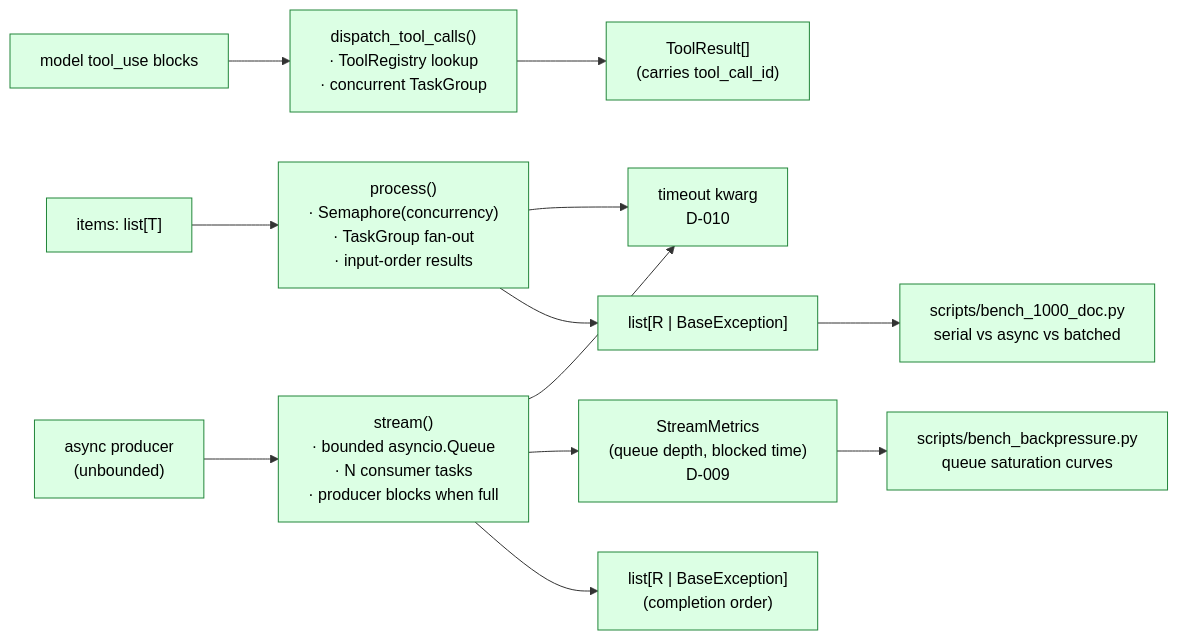
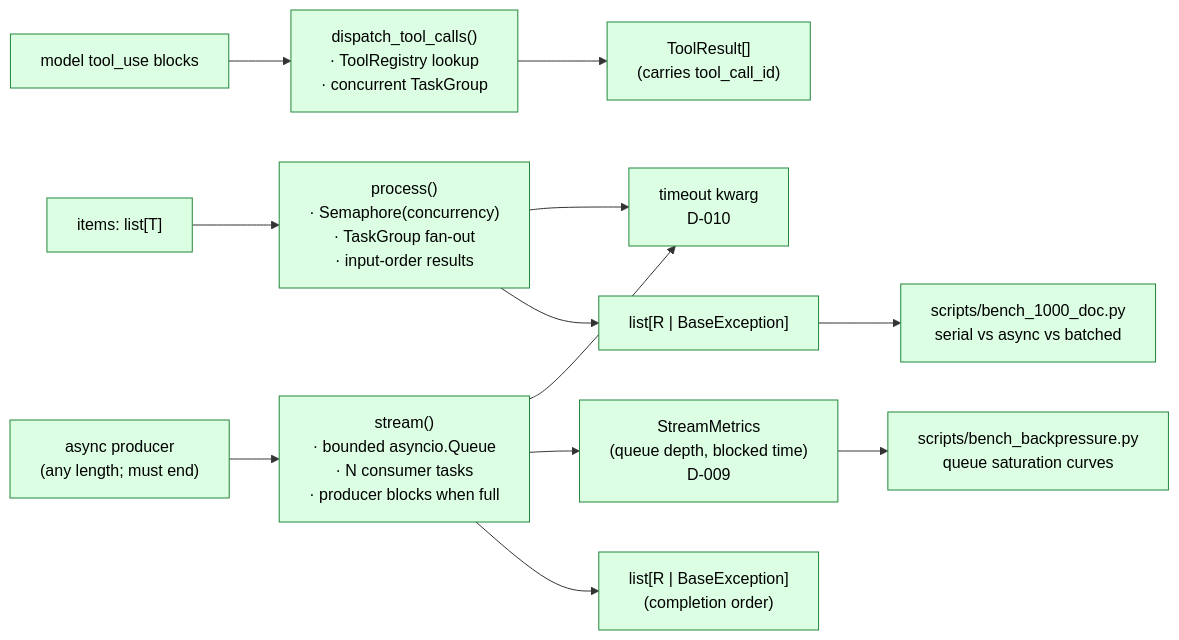
Before and after one commit to jt-mchorse/python-async-llm-pipelines: the first of 6 diagrams in docs/architecture.md, drawn with Mermaid. The commit also changed other lines of this file and 10 other files, not shown here.

First line of the commit message:
fix(docs): stream's queue bounds the input waiting, not memory — results are O(n) (#115) (#117)

````diff
--- a/docs/architecture.md
+++ b/docs/architecture.md
@@ -11,20 +11,20 @@
 ```mermaid
 flowchart LR
     classDef shipped fill:#dcffe4,stroke:#22863a,color:#000
 
     Items["items: list[T]"]:::shipped --> Process["process()<br/>· Semaphore(concurrency)<br/>· TaskGroup fan-out<br/>· input-order results"]:::shipped
     Process --> Out["list[R | BaseException]"]:::shipped
 
-    Source["async producer<br/>(unbounded)"]:::shipped --> Stream["stream()<br/>· bounded asyncio.Queue<br/>· N consumer tasks<br/>· producer blocks when full"]:::shipped
+    Source["async producer<br/>(any length; must end)"]:::shipped --> Stream["stream()<br/>· bounded asyncio.Queue<br/>· N consumer tasks<br/>· producer blocks when full"]:::shipped
     Stream --> Out2["list[R | BaseException]<br/>(completion order)"]:::shipped
 
     TC["model tool_use blocks"]:::shipped --> Disp["dispatch_tool_calls()<br/>· ToolRegistry lookup<br/>· concurrent TaskGroup"]:::shipped
     Disp --> TR["ToolResult[]<br/>(carries tool_call_id)"]:::shipped
 
     Stream --> Met["StreamMetrics<br/>(queue depth, blocked time)<br/>D-009"]:::shipped
     Process --> TO["timeout kwarg<br/>D-010"]:::shipped
     Stream --> TO
 
     Out --> Bench["scripts/bench_1000_doc.py<br/>serial vs async vs batched"]:::shipped
     Met --> Bench2["scripts/bench_backpressure.py<br/>queue saturation curves"]:::shipped
 ```
````
